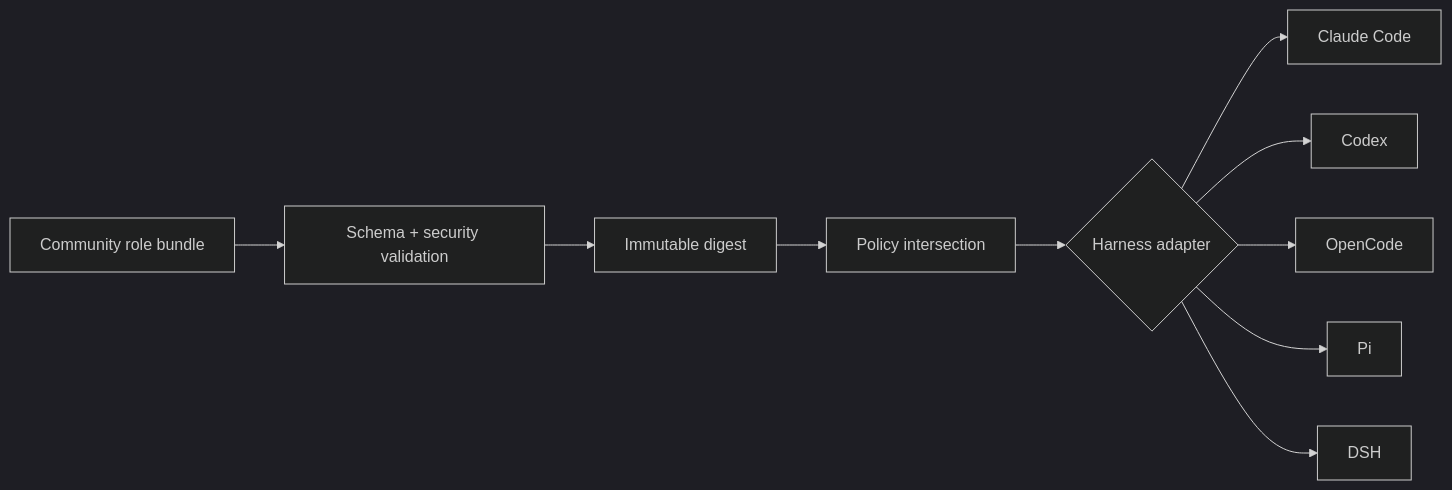
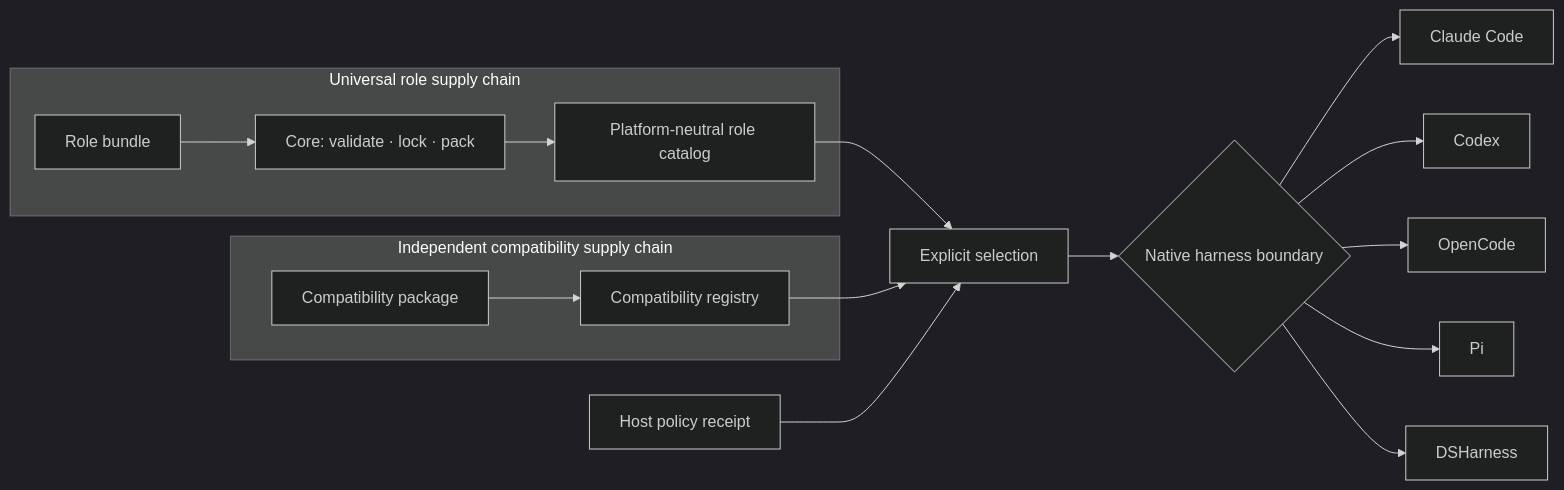
One commit to ishuowang/agent-role-hub changed the diagram in README.md. Above: the diagram before and after it, drawn with Mermaid (dark theme). The commit also changed other lines of this file and 152 other files, not shown here.

Commit message:
feat: split universal roles from harness compatibility (#5)

````diff
--- a/README.md
+++ b/README.md
@@ -33,12 +30,19 @@
 ```mermaid
 flowchart LR
-  A[Community role bundle] --> V[Schema + security validation]
-  V --> D[Immutable digest]
-  D --> P[Policy intersection]
-  P --> C{Harness adapter}
-  C --> CL[Claude Code]
-  C --> CX[Codex]
-  C --> OC[OpenCode]
-  C --> PI[Pi]
-  C --> DS[DSH]
+  subgraph Universal[Universal role supply chain]
+    R[Role bundle] --> C[Core: validate · lock · pack]
+    C --> RC[Platform-neutral role catalog]
+  end
+  subgraph Compatibility[Independent compatibility supply chain]
+    CC[Compatibility package] --> CR[Compatibility registry]
+  end
+  RC --> X[Explicit selection]
+  CR --> X
+  P[Host policy receipt] --> X
+  X --> H{Native harness boundary}
+  H --> CL[Claude Code]
+  H --> CX[Codex]
+  H --> OC[OpenCode]
+  H --> PI[Pi]
+  H --> DS[DSHarness]
 ```
````
